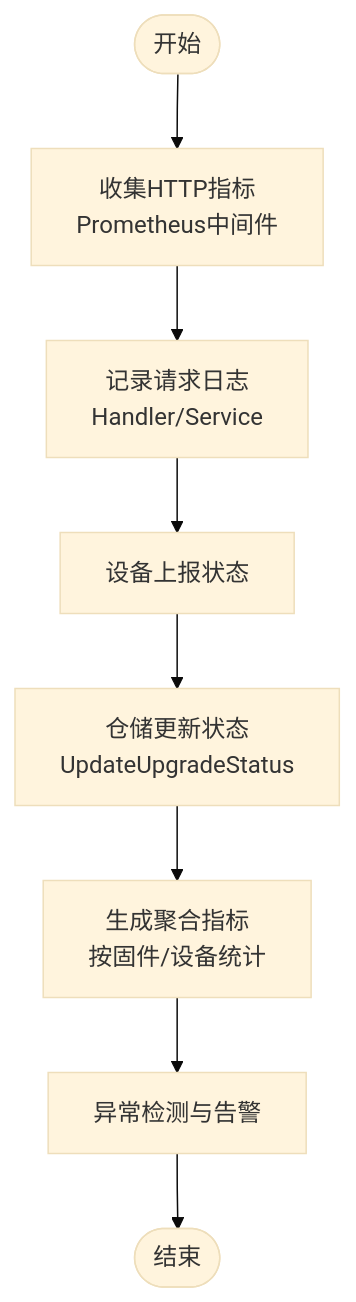
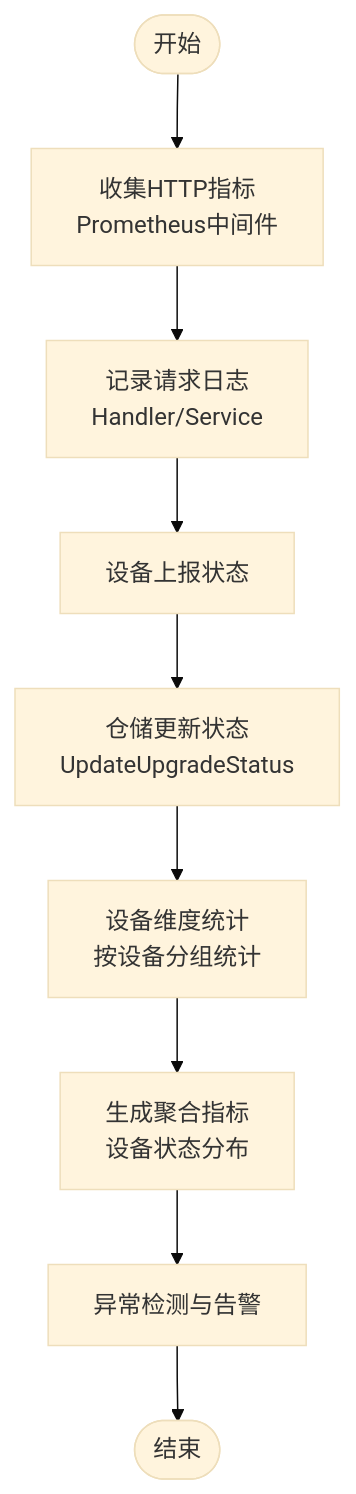
One commit to mcmrzy/cs_inv_monitor-develop changed the third of 5 diagrams in .qoder/repowiki/zh/content/OTA升级系统/OTA任务调度/OTA任务监控.md. Above: the diagram before and after it, drawn with Mermaid (base theme). The commit also changed other lines of this file and 128 other files, not shown here.

````diff
--- a/.qoder/repowiki/zh/content/OTA升级系统/OTA任务调度/OTA任务监控.md
+++ b/.qoder/repowiki/zh/content/OTA升级系统/OTA任务调度/OTA任务监控.md
@@ -160,10 +162,11 @@
 ```mermaid
 flowchart TD
 Start(["开始"]) --> Collect["收集HTTP指标<br/>Prometheus中间件"]
 Collect --> Log["记录请求日志<br/>Handler/Service"]
 Log --> DeviceReport["设备上报状态"]
 DeviceReport --> Update["仓储更新状态<br/>UpdateUpgradeStatus"]
-Update --> Metrics["生成聚合指标<br/>按固件/设备统计"]
+Update --> DeviceStats["设备维度统计<br/>按设备分组统计"]
+DeviceStats --> Metrics["生成聚合指标<br/>设备状态分布"]
 Metrics --> Alert["异常检测与告警"]
 Alert --> End(["结束"])
 ```
````
